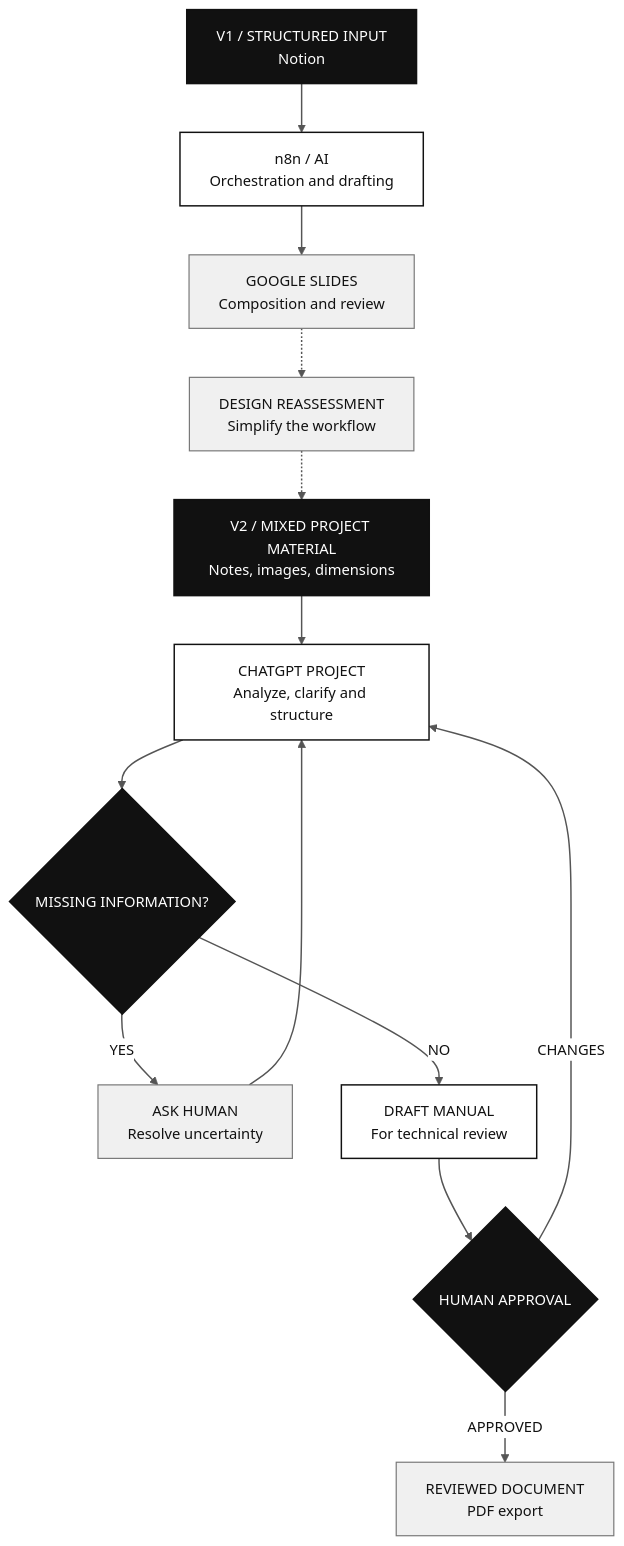
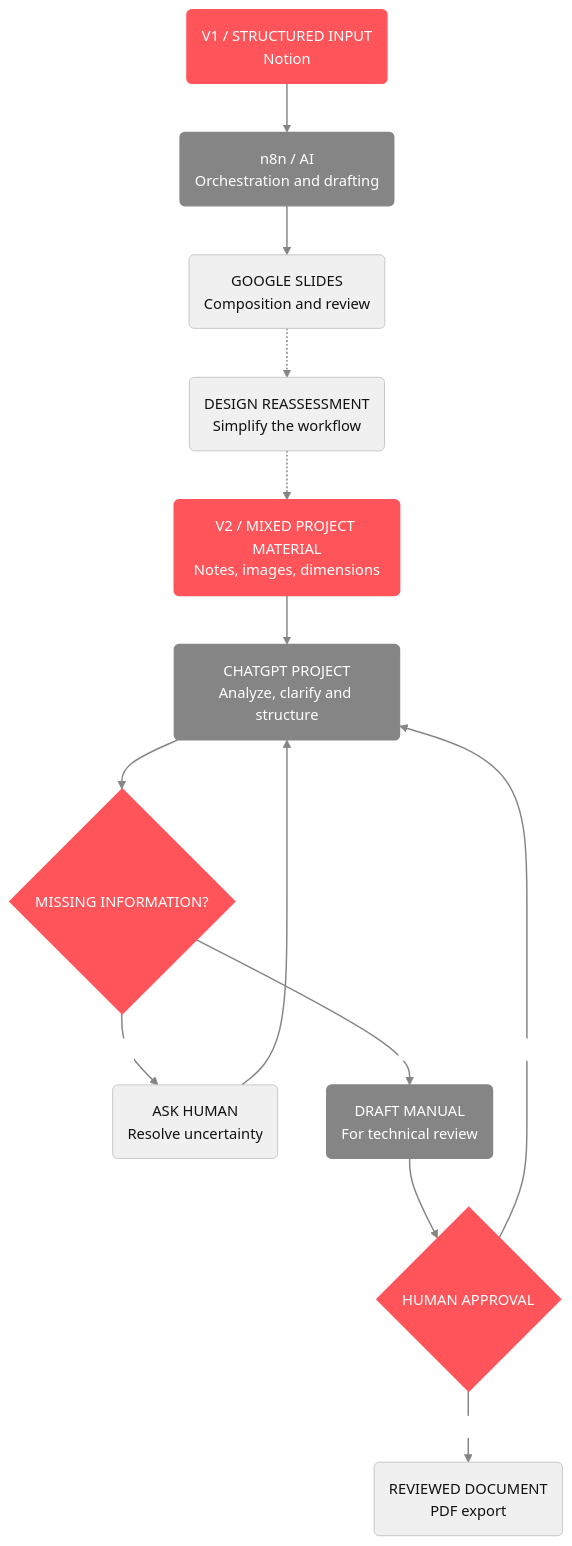
The diagram in README.md (barbarakprokop/manual-generator-workflow), drawn with Mermaid before and after one commit.

Commit message:
Restyle architecture diagram with coral pills and grey flow components

````diff
--- a/README.md
+++ b/README.md
@@ -21,23 +21,24 @@
 ```mermaid
-%%{init: {"theme": "base", "themeVariables": {"fontFamily":"Arial, Helvetica, sans-serif","fontSize":"15px","primaryColor":"#FFFFFF","primaryTextColor":"#111111","primaryBorderColor":"#111111","lineColor":"#555555","edgeLabelBackground":"#FFFFFF"}}}%%
+%%{init: {"theme":"base","themeVariables":{"fontFamily":"Arial, Helvetica, sans-serif","fontSize":"15px","primaryColor":"#FF555A","primaryTextColor":"#FFFFFF","primaryBorderColor":"#FF555A","lineColor":"#858585","secondaryColor":"#858585","tertiaryColor":"#F0F0F0","edgeLabelBackground":"#FFFFFF"}}}%%
 flowchart TB
-    V1["V1 / STRUCTURED INPUT<br/>Notion"] --> AUTO["n8n / AI<br/>Orchestration and drafting"]
-    AUTO --> SLIDES["GOOGLE SLIDES<br/>Composition and review"]
-    SLIDES -.-> SHIFT["DESIGN REASSESSMENT<br/>Simplify the workflow"]
-    SHIFT -.-> V2["V2 / MIXED PROJECT MATERIAL<br/>Notes, images, dimensions"]
-    V2 --> ANALYZE["CHATGPT PROJECT<br/>Analyze, clarify and structure"]
+    V1("V1 / STRUCTURED INPUT<br/>Notion") --> AUTO("n8n / AI<br/>Orchestration and drafting")
+    AUTO --> SLIDES("GOOGLE SLIDES<br/>Composition and review")
+    SLIDES -.-> SHIFT("DESIGN REASSESSMENT<br/>Simplify the workflow")
+    SHIFT -.-> V2("V2 / MIXED PROJECT MATERIAL<br/>Notes, images, dimensions")
+    V2 --> ANALYZE("CHATGPT PROJECT<br/>Analyze, clarify and structure")
     ANALYZE --> GATE{"MISSING INFORMATION?"}
-    GATE -->|YES| QUESTIONS["ASK HUMAN<br/>Resolve uncertainty"]
+    GATE -->|YES| QUESTIONS("ASK HUMAN<br/>Resolve uncertainty")
     QUESTIONS --> ANALYZE
-    GATE -->|NO| DRAFT["DRAFT MANUAL<br/>For technical review"]
+    GATE -->|NO| DRAFT("DRAFT MANUAL<br/>For technical review")
     DRAFT --> REVIEW{"HUMAN APPROVAL"}
     REVIEW -->|CHANGES| ANALYZE
-    REVIEW -->|APPROVED| EXPORT["REVIEWED DOCUMENT<br/>PDF export"]
-    classDef ink fill:#111111,stroke:#111111,color:#FFFFFF,stroke-width:2px;
-    classDef outline fill:#FFFFFF,stroke:#111111,color:#111111,stroke-width:1.5px;
-    classDef muted fill:#F0F0F0,stroke:#777777,color:#111111,stroke-width:1.2px;
-    class V1,V2,GATE,REVIEW ink;
-    class AUTO,ANALYZE,DRAFT outline;
-    class SLIDES,SHIFT,QUESTIONS,EXPORT muted;
-    linkStyle default stroke:#555555,stroke-width:1.5px;
+    REVIEW -->|APPROVED| EXPORT("REVIEWED DOCUMENT<br/>PDF export")
+    classDef primary fill:#FF555A,stroke:#FF555A,color:#FFFFFF,stroke-width:1.5px;
+    classDef secondary fill:#858585,stroke:#858585,color:#FFFFFF,stroke-width:1.2px;
+    classDef annotation fill:#F0F0F0,stroke:#C7C7C7,color:#111111,stroke-width:1px;
+    classDef future fill:#F0F0F0,stroke:#999999,color:#555555,stroke-width:1.2px,stroke-dasharray:5 4;
+    class V1,V2,GATE,REVIEW primary;
+    class AUTO,ANALYZE,DRAFT secondary;
+    class SLIDES,SHIFT,QUESTIONS,EXPORT annotation;
+    linkStyle default stroke:#858585,stroke-width:1.5px;
 ```
````
